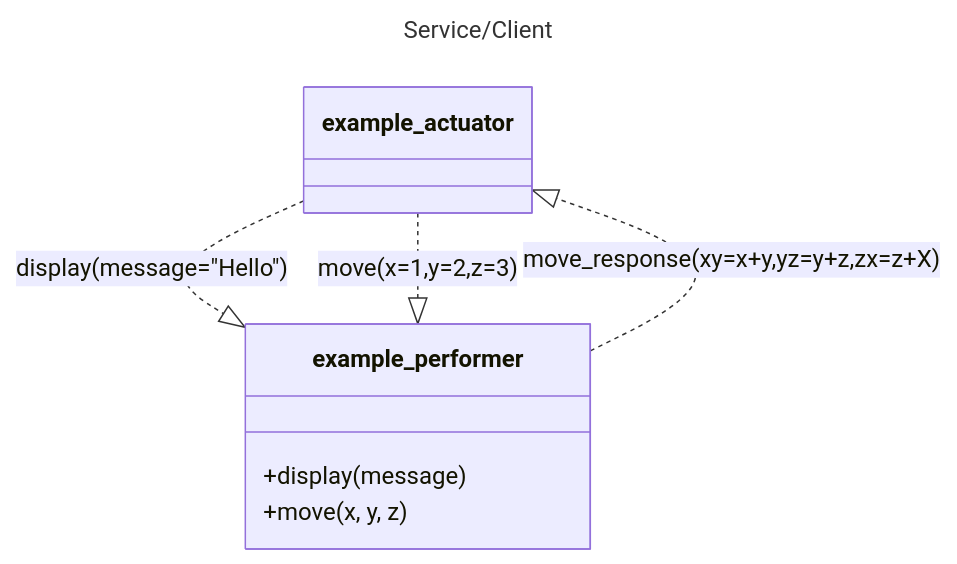
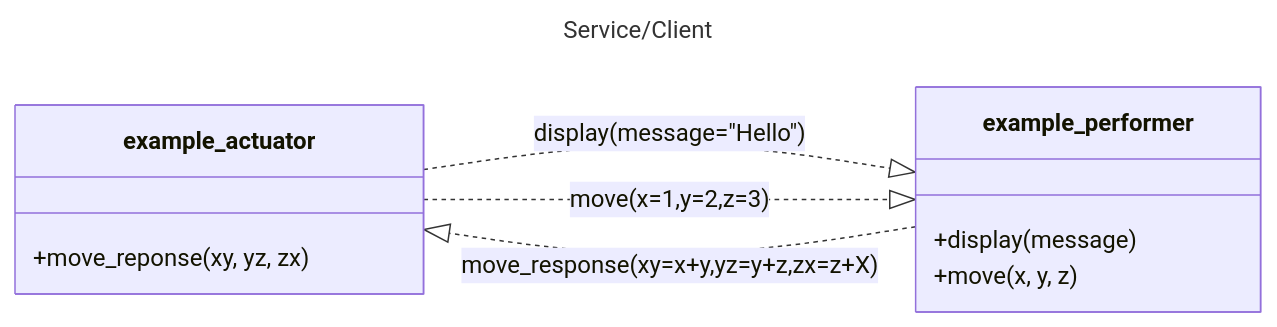
The third of 5 diagrams in README.md (PYBrulin/axone), drawn with Mermaid before and after one commit. The commit also changed other lines of this file, not shown here.

Commit message:
Add network configuration file support and updatecommunication diagrams

````diff
--- a/README.md
+++ b/README.md
@@ -105,15 +141,18 @@
 ```mermaid
 ---
 title: Service/Client
 ---
 classDiagram
-    class example_actuator
+    direction LR
+    class example_actuator{
+        +move_reponse(xy, yz, zx)
+    }
     class example_performer{
         +display(message)
         +move(x, y, z)
     }
 
     example_actuator ..|> example_performer : display(message="Hello")
     example_actuator ..|> example_performer : move(x=1,y=2,z=3)
     example_performer ..|> example_actuator : move_response(xy=x+y,yz=y+z,zx=z+X)
 ```
````
